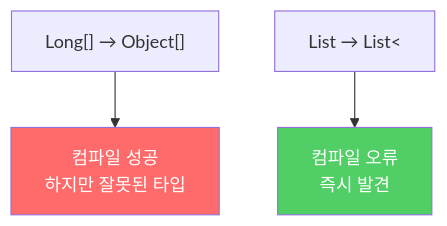
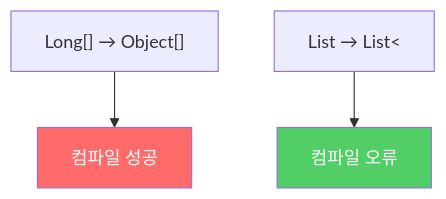
Before and after one commit to yjkim2015/yjkim2015.github.io: the first of 2 diagrams in _posts/java/2022-01-05-effective-java28.md, drawn with Mermaid. The commit also changed other lines of this file and 217 other files, not shown here.

First line of the commit message:
Mermaid 크기 수정: useMaxWidth:true + SVG max-width:100% + 라벨 축소

````diff
--- a/_posts/java/2022-01-05-effective-java28.md
+++ b/_posts/java/2022-01-05-effective-java28.md
@@ -27,7 +27,7 @@
 ```mermaid
 graph TD
-    A["Long[] → Object[]"] --> B["컴파일 성공\n하지만 잘못된 타입"]
-    C["List<Long> → List<"] --> D["컴파일 오류\n즉시 발견"]
+    A["Long[] → Object[]"] --> B["컴파일 성공"]
+    C["List<Long> → List<"] --> D["컴파일 오류"]
     style B fill:#ff6b6b,color:#fff
     style D fill:#51cf66,color:#fff
 ```
````
